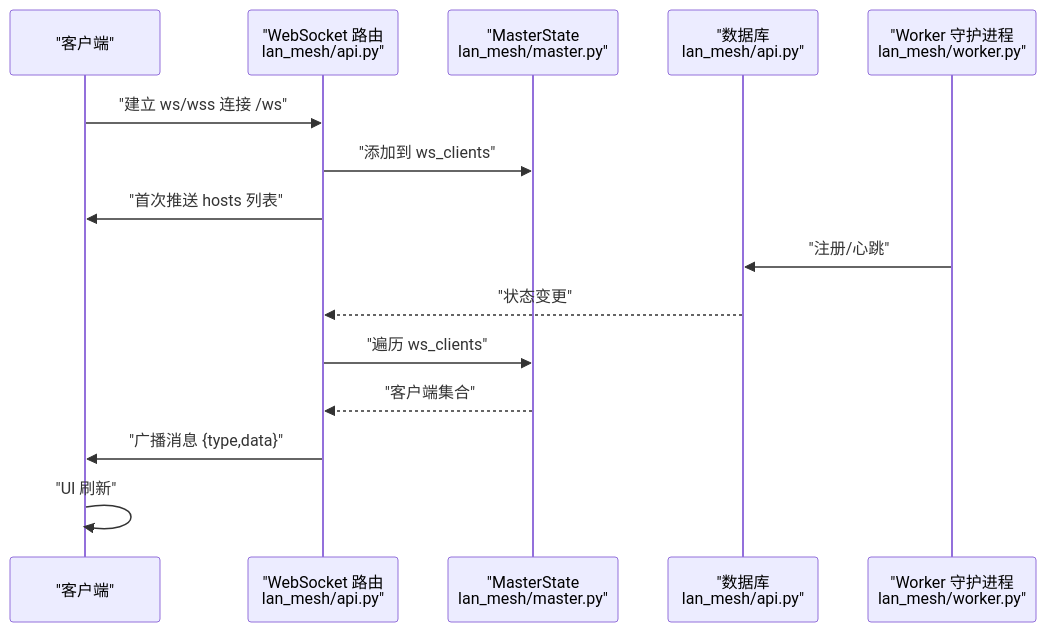
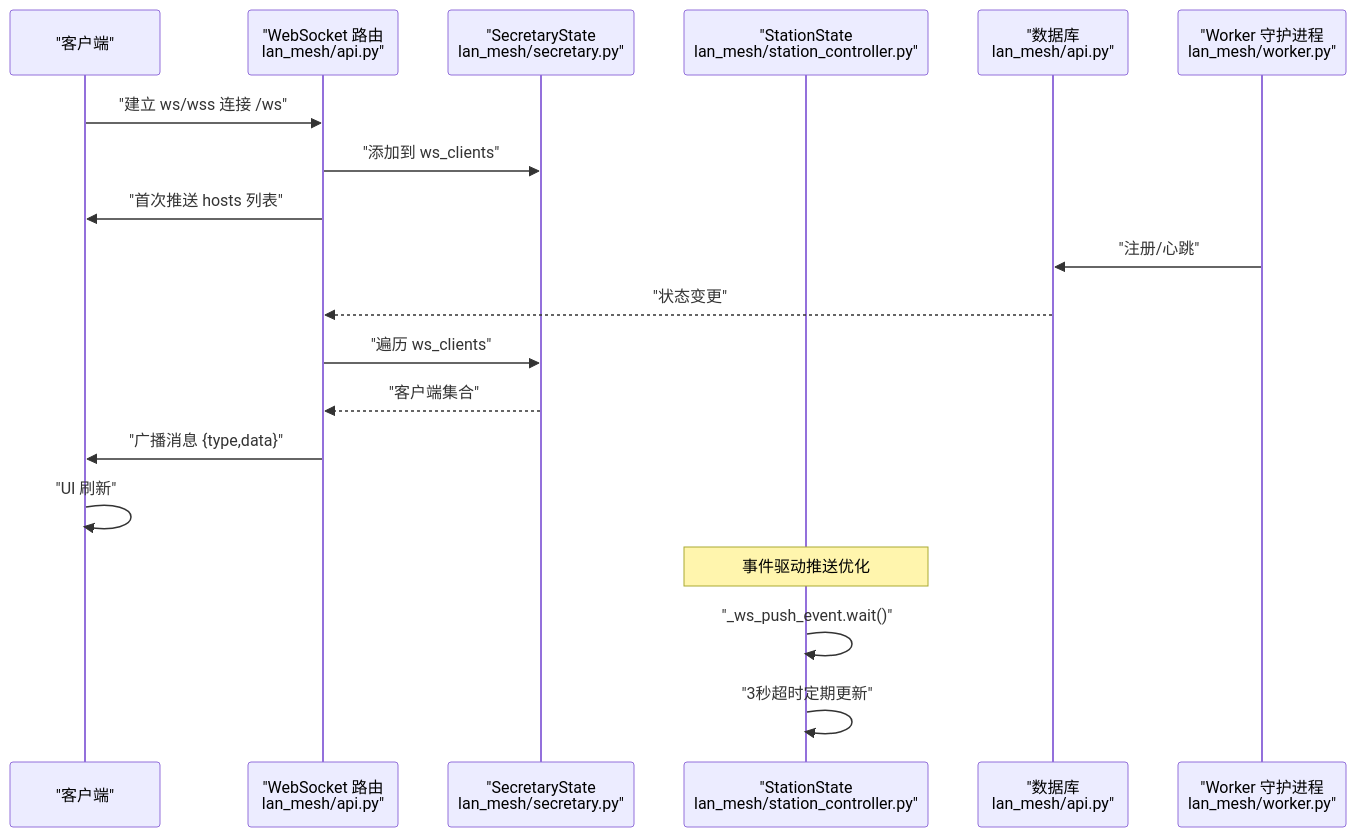
One commit to targalian/Personal-distributed-workstation changed the second of 3 diagrams in .qoder/repowiki/zh/content/WebSocket 实时通信.md. Above: the diagram before and after it, drawn with Mermaid. The commit also changed other lines of this file and 117 other files, not shown here.

````diff
--- a/.qoder/repowiki/zh/content/WebSocket 实时通信.md
+++ b/.qoder/repowiki/zh/content/WebSocket 实时通信.md
@@ -99,17 +116,21 @@
 ```mermaid
 sequenceDiagram
 participant Client as "客户端"
 participant WS as "WebSocket 路由<br/>lan_mesh/api.py"
-participant State as "MasterState<br/>lan_mesh/master.py"
+participant State as "SecretaryState<br/>lan_mesh/secretary.py"
+participant StationState as "StationState<br/>lan_mesh/station_controller.py"
 participant DB as "数据库<br/>lan_mesh/api.py"
 participant Worker as "Worker 守护进程<br/>lan_mesh/worker.py"
 Client->>WS : "建立 ws/wss 连接 /ws"
 WS->>State : "添加到 ws_clients"
 WS->>Client : "首次推送 hosts 列表"
 Worker->>DB : "注册/心跳"
 DB-->>WS : "状态变更"
 WS->>State : "遍历 ws_clients"
 State-->>WS : "客户端集合"
 WS->>Client : "广播消息 {type,data}"
 Client->>Client : "UI 刷新"
+Note over StationState : 事件驱动推送优化
+StationState->>StationState : "_ws_push_event.wait()"
+StationState->>StationState : "3秒超时定期更新"
 ```
````
